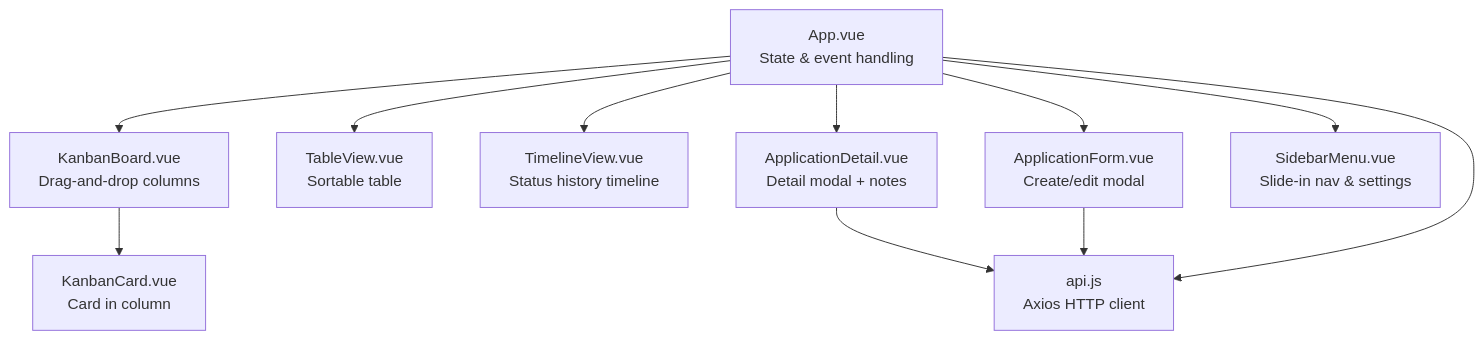
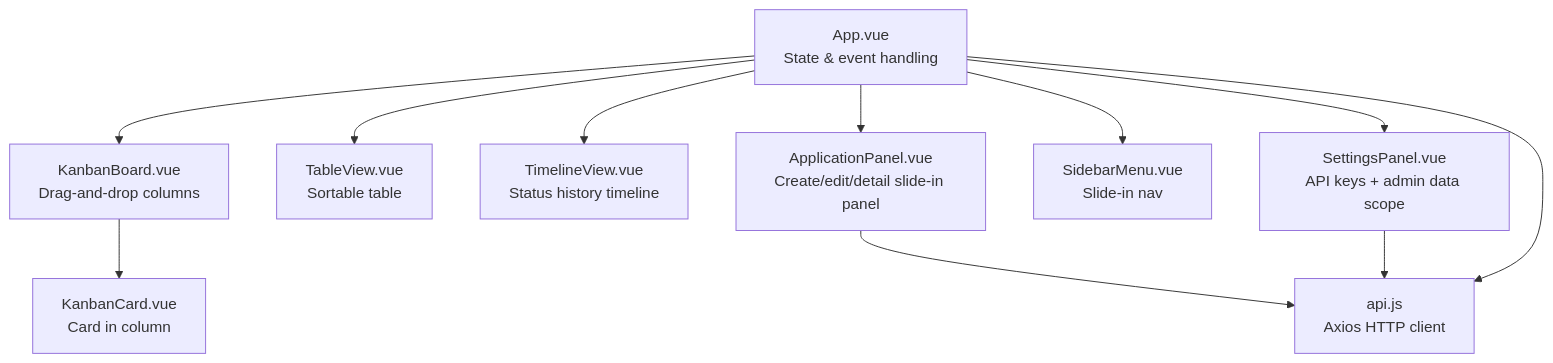
The fifth of 6 diagrams in ARCHITECTURE.md (fergus/job-tracker), drawn with Mermaid before and after one commit. The commit also changed other lines of this file and 2 other files, not shown here.

First line of the commit message:
docs: update for v0.9.x — SMB removal, API keys, current component names

````diff
--- a/ARCHITECTURE.md
+++ b/ARCHITECTURE.md
@@ -164,15 +194,15 @@
 ```mermaid
 graph TD
     App["App.vue<br/>State & event handling"]
     App --> KB["KanbanBoard.vue<br/>Drag-and-drop columns"]
     App --> TV["TableView.vue<br/>Sortable table"]
     App --> TL["TimelineView.vue<br/>Status history timeline"]
-    App --> AF["ApplicationForm.vue<br/>Create/edit modal"]
-    App --> AD["ApplicationDetail.vue<br/>Detail modal + notes"]
-    App --> SM["SidebarMenu.vue<br/>Slide-in nav & settings"]
+    App --> AP["ApplicationPanel.vue<br/>Create/edit/detail slide-in panel"]
+    App --> SM["SidebarMenu.vue<br/>Slide-in nav"]
+    App --> SP["SettingsPanel.vue<br/>API keys + admin data scope"]
     KB --> KC["KanbanCard.vue<br/>Card in column"]
 
-    AD --> API["api.js<br/>Axios HTTP client"]
-    AF --> API
+    AP --> API["api.js<br/>Axios HTTP client"]
+    SP --> API
     App --> API
 ```
````
